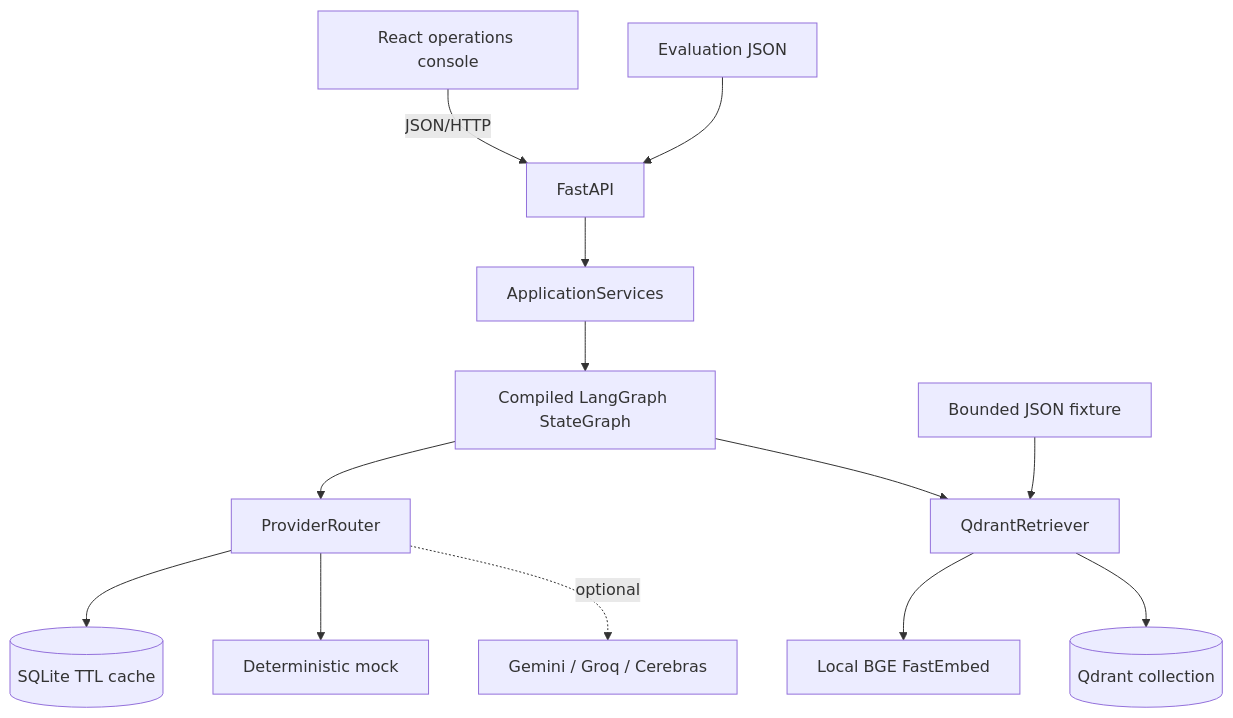
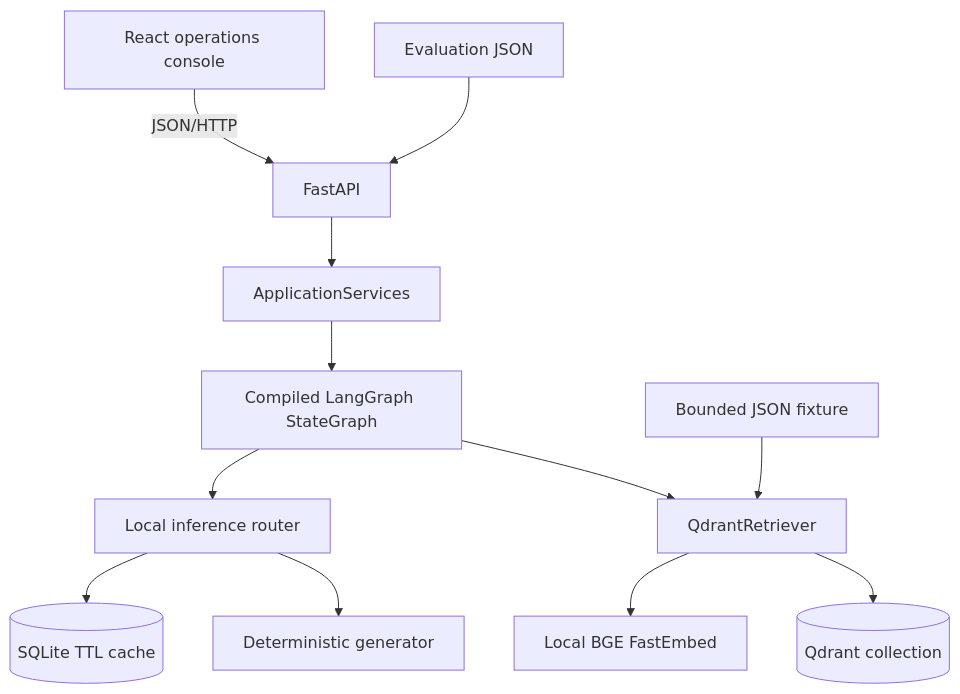
The diagram in docs/architecture.md (Praciller/customer-support-rag-triage-agent), drawn with Mermaid before and after one commit. The commit also changed other lines of this file, not shown here.

Commit message:
Align architecture with local inference

````diff
--- a/docs/architecture.md
+++ b/docs/architecture.md
@@ -5,15 +5,14 @@
 ```mermaid
 flowchart TB
   Browser[React operations console] -->|JSON/HTTP| API[FastAPI]
   API --> Services[ApplicationServices]
   Services --> Graph[Compiled LangGraph StateGraph]
-  Graph --> Router[ProviderRouter]
+  Graph --> Router[Local inference router]
   Router --> Cache[(SQLite TTL cache)]
-  Router --> Mock[Deterministic mock]
-  Router -. optional .-> Providers[Gemini / Groq / Cerebras]
+  Router --> Local[Deterministic generator]
   Graph --> Retriever[QdrantRetriever]
   Retriever --> Embedder[Local BGE FastEmbed]
   Retriever --> Qdrant[(Qdrant collection)]
   Bootstrap[Bounded JSON fixture] --> Retriever
   Reports[Evaluation JSON] --> API
 ```
````
